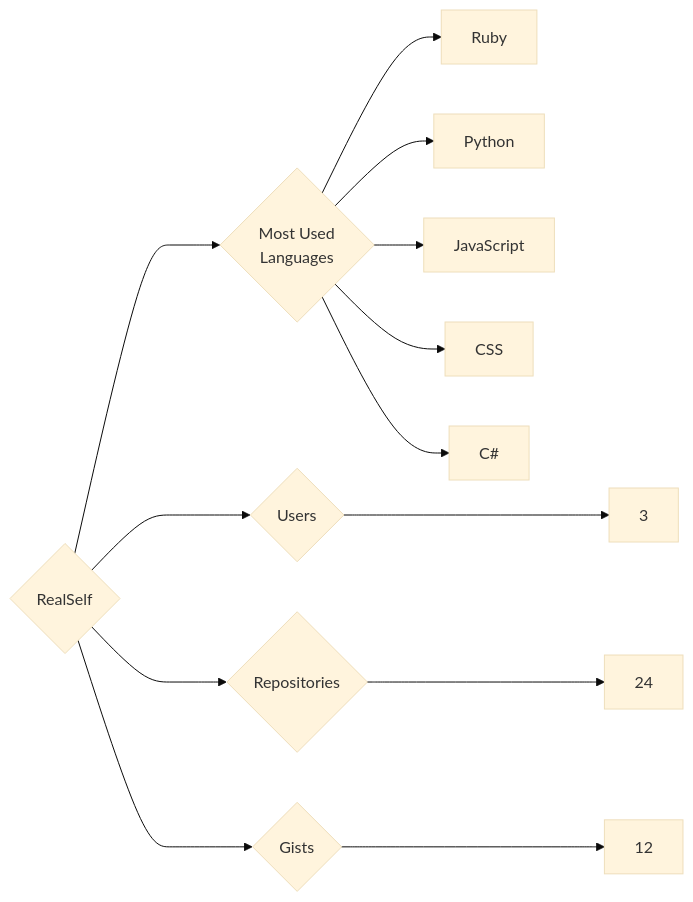
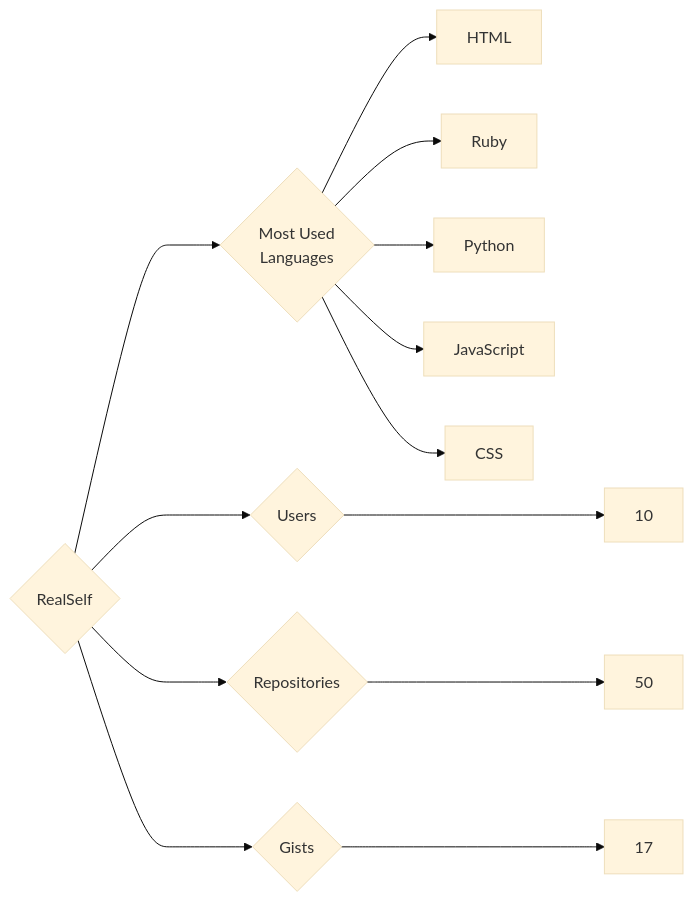
Before and after one commit to trickest/insiders: the diagram in targets/RealSelf/README.md, drawn with Mermaid (base theme). The commit also changed 939 other files, not shown here.

````diff
--- a/targets/RealSelf/README.md
+++ b/targets/RealSelf/README.md
@@ -3,13 +3,13 @@
 ```mermaid
 graph LR
 COMPANY_NAME{RealSelf}
-COMPANY_NAME ---> U{Users} ---> UN[3]
-COMPANY_NAME ---> R{Repositories} ---> RN[24]
-COMPANY_NAME ---> G{Gists} ---> GN[12]
+COMPANY_NAME ---> U{Users} ---> UN[10]
+COMPANY_NAME ---> R{Repositories} ---> RN[50]
+COMPANY_NAME ---> G{Gists} ---> GN[17]
 COMPANY_NAME ---> ML{Most Used<br>Languages}
+ML --> HTML[HTML]
 ML --> Ruby[Ruby]
 ML --> Python[Python]
 ML --> JavaScript[JavaScript]
 ML --> CSS[CSS]
-ML --> C#[C#]
 ```
````
